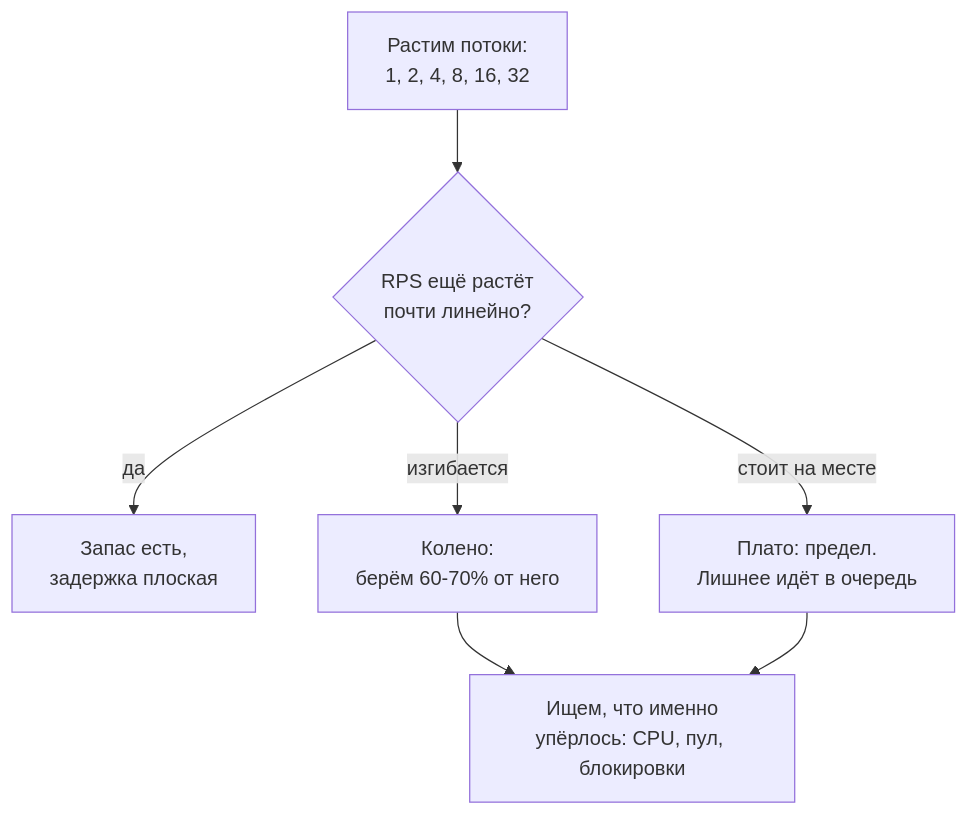
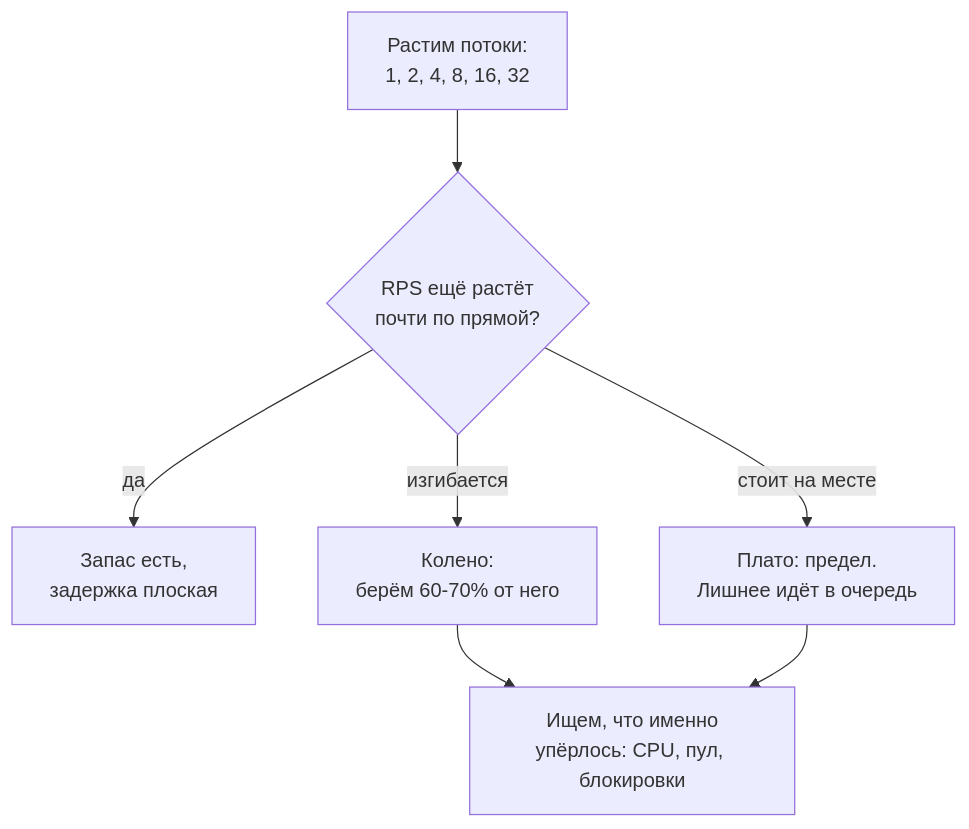
The second of 3 diagrams in 08-perf-theory/02-queues-littles-law.md (distinguished-sre/load-tester), drawn with Mermaid before and after one commit. The commit also changed other lines of this file and 5 other files, not shown here.

````diff
--- a/08-perf-theory/02-queues-littles-law.md
+++ b/08-perf-theory/02-queues-littles-law.md
@@ -193,9 +179,9 @@
 ```mermaid
 flowchart TD
-    A["Растим потоки:<br/>1, 2, 4, 8, 16, 32"] --> B{"RPS ещё растёт<br/>почти линейно?"}
+    A["Растим потоки:<br/>1, 2, 4, 8, 16, 32"] --> B{"RPS ещё растёт<br/>почти по прямой?"}
     B -- "да" --> C["Запас есть,<br/>задержка плоская"]
     B -- "изгибается" --> D["Колено:<br/>берём 60-70% от него"]
     B -- "стоит на месте" --> E["Плато: предел.<br/>Лишнее идёт в очередь"]
     D --> F["Ищем, что именно<br/>упёрлось: CPU, пул, блокировки"]
     E --> F
 ```
````
